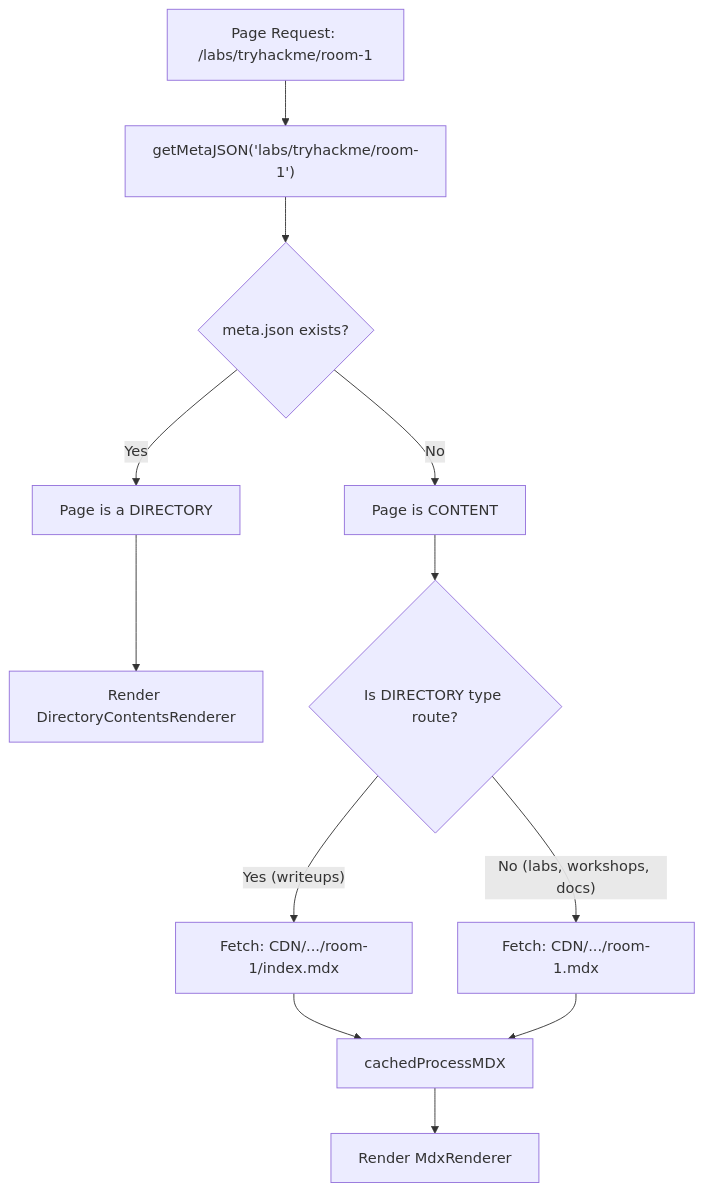
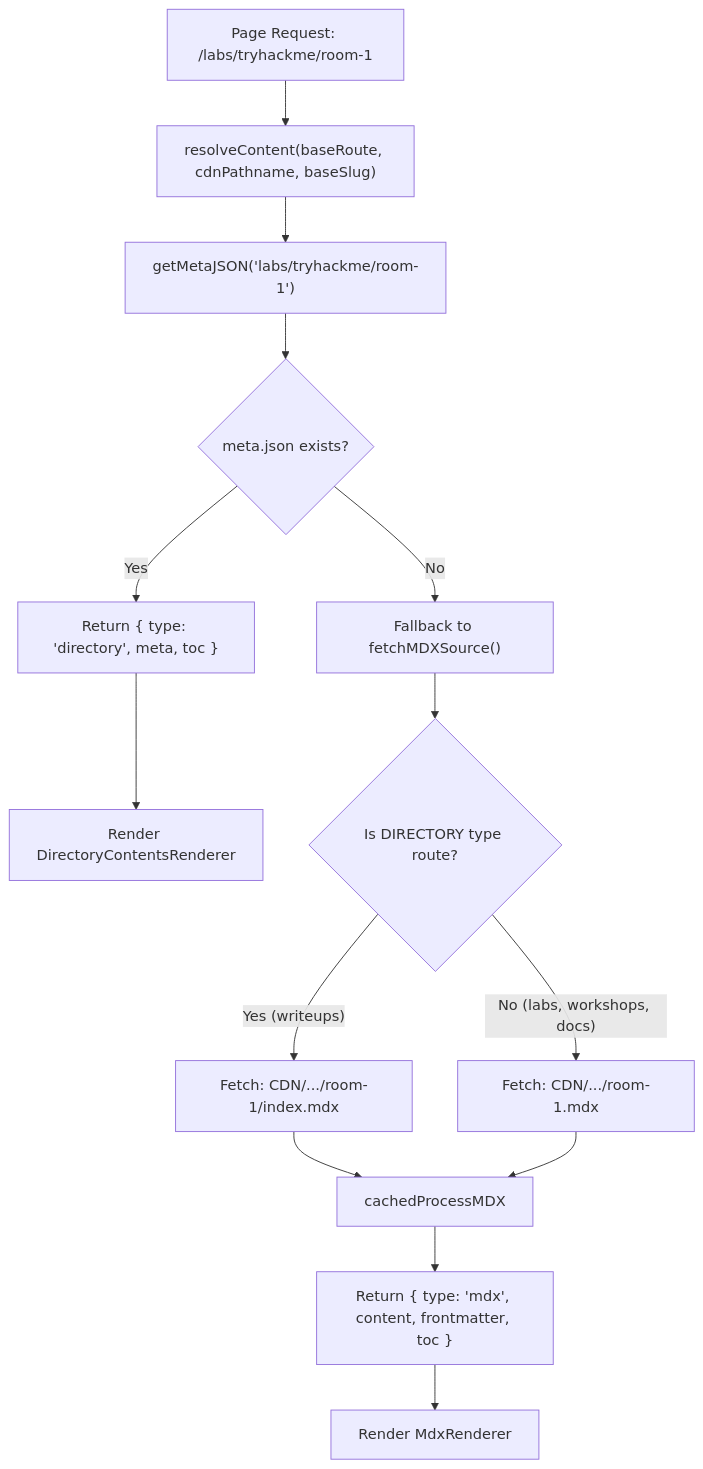
The diagram in docs/03-content-system.md (ThamizhiniyanCS/website), drawn with Mermaid before and after one commit. The commit also changed other lines of this file and 9 other files, not shown here.

````diff
--- a/docs/03-content-system.md
+++ b/docs/03-content-system.md
@@ -108,14 +110,16 @@
 ```mermaid
 flowchart TD
-    A["Page Request: /labs/tryhackme/room-1"] --> B["getMetaJSON('labs/tryhackme/room-1')"]
-    B --> C{meta.json exists?}
-    C -- Yes --> D["Page is a DIRECTORY"]
-    D --> E[Render DirectoryContentsRenderer]
-    C -- No --> F["Page is CONTENT"]
-    F --> G{Is DIRECTORY type route?}
-    G -- "Yes (writeups)" --> H["Fetch: CDN/.../room-1/index.mdx"]
-    G -- "No (labs, workshops, docs)" --> I["Fetch: CDN/.../room-1.mdx"]
-    H --> J[cachedProcessMDX]
-    I --> J
-    J --> K[Render MdxRenderer]
+    A["Page Request: /labs/tryhackme/room-1"] --> B["resolveContent(baseRoute, cdnPathname, baseSlug)"]
+    B --> C["getMetaJSON('labs/tryhackme/room-1')"]
+    C --> D{meta.json exists?}
+    D -- Yes --> E["Return { type: 'directory', meta, toc }"]
+    E --> F[Render DirectoryContentsRenderer]
+    D -- No --> G["Fallback to fetchMDXSource()"]
+    G --> H{Is DIRECTORY type route?}
+    H -- "Yes (writeups)" --> I["Fetch: CDN/.../room-1/index.mdx"]
+    H -- "No (labs, workshops, docs)" --> J["Fetch: CDN/.../room-1.mdx"]
+    I --> K[cachedProcessMDX]
+    J --> K
+    K --> L["Return { type: 'mdx', content, frontmatter, toc }"]
+    L --> M[Render MdxRenderer]
 ```
````
